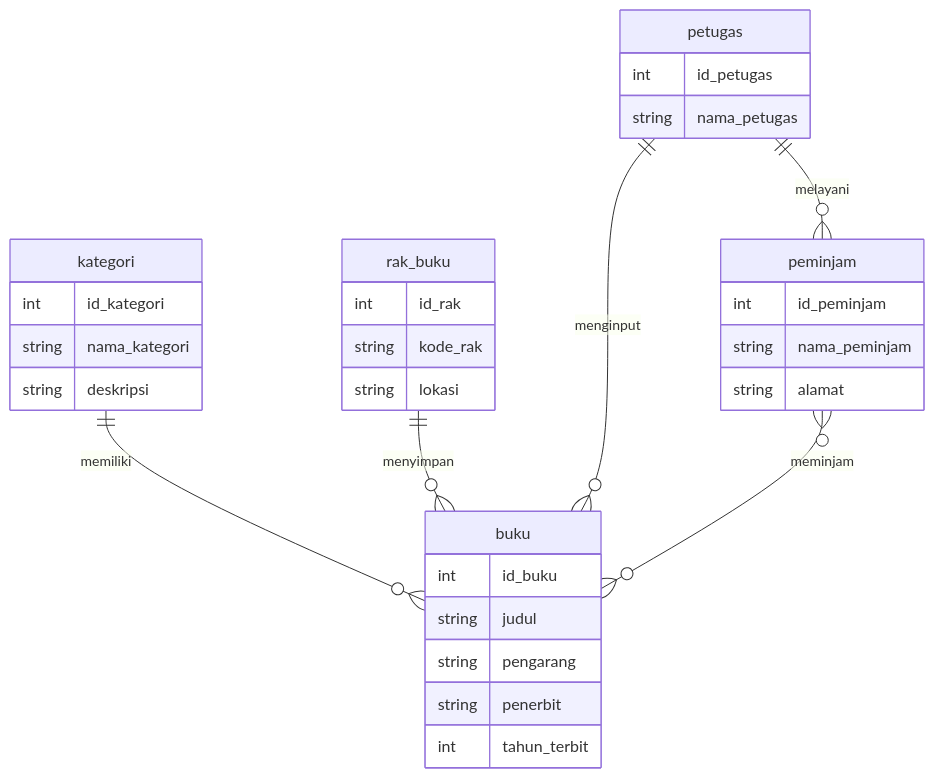
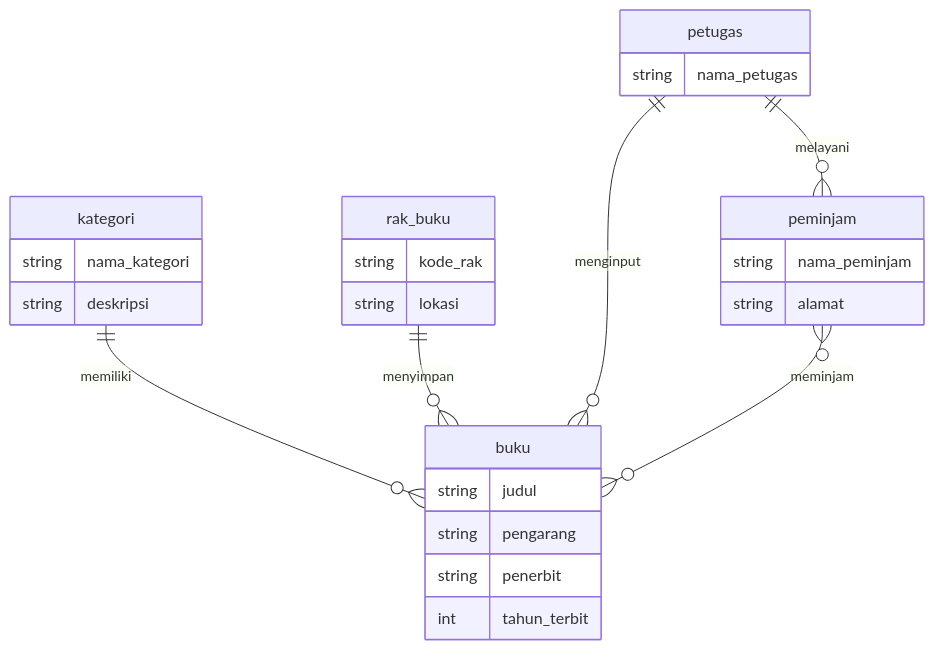
The diagram in README.md (MohamadDimasPrayoga1010/koda-b4-db1), drawn with Mermaid before and after one commit. The commit also changed 1 other file, not shown here.

Commit message:
refactor: remove id

````diff
--- a/README.md
+++ b/README.md
@@ -6,42 +6,37 @@
 ```mermaid
 erDiagram
 
 buku{
-    int id_buku
     string judul
     string pengarang
     string penerbit
     int tahun_terbit
 }
     
 kategori{
-    int id_kategori
     string nama_kategori
     string deskripsi
 }
 
 rak_buku{
-    int id_rak
     string kode_rak
     string lokasi
 }
 
 petugas{
-    int id_petugas
     string nama_petugas
 }
 
 peminjam{
-    int id_peminjam
     string nama_peminjam
     string alamat
 
 }
 
 
 kategori ||--o{ buku : "memiliki"
 rak_buku ||--o{ buku : "menyimpan"
 petugas ||--o{ buku : "menginput"
 petugas ||--o{ peminjam : "melayani"
 peminjam }o--o{ buku : "meminjam"
 ```
````
